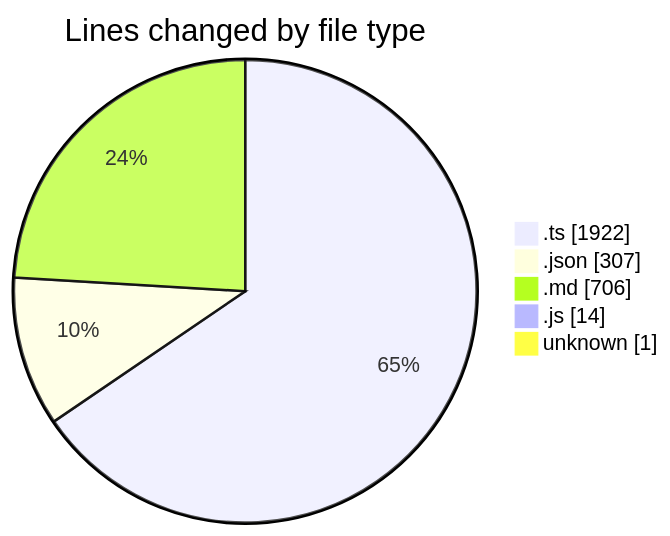
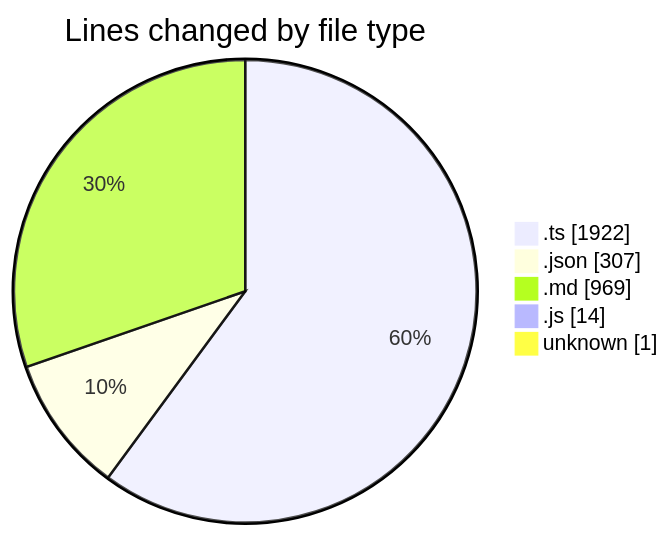
One commit to ernivani/code-tracking changed the first of 2 diagrams in 2025-01-03/my-code-activity-ext/README.md. Above: the diagram before and after it, drawn with Mermaid. The commit also changed other lines of this file and 6 other files, not shown here.

````diff
--- a/2025-01-03/my-code-activity-ext/README.md
+++ b/2025-01-03/my-code-activity-ext/README.md
@@ -33,9 +33,9 @@
 ```mermaid
 pie showData
 title Lines changed by file type
 ".ts" : 1922
 ".json" : 307
-".md" : 706
+".md" : 969
 ".js" : 14
 "unknown" : 1
 ```
````
